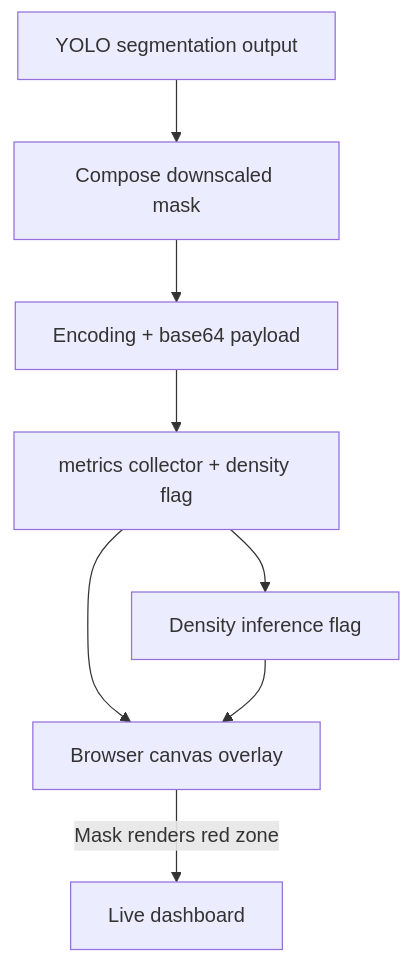
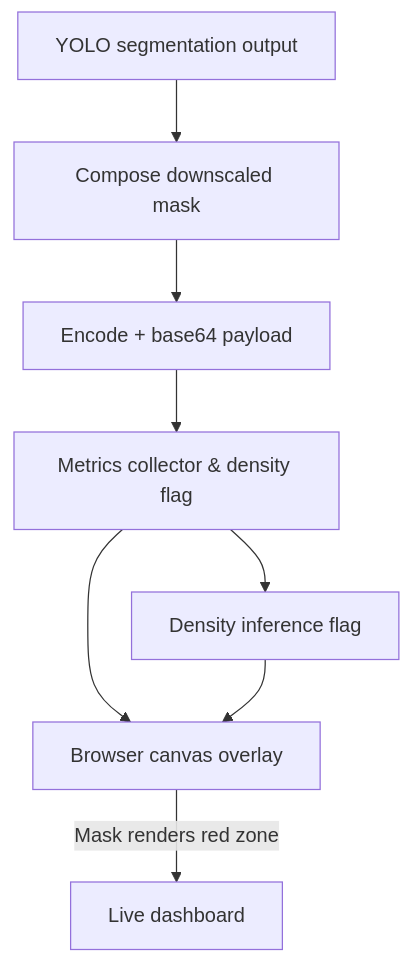
One commit to Nutz95/PeopleCounter changed the diagram in plans/mask_overlay_roadmap.md. Above: the diagram before and after it, drawn with Mermaid. The commit also changed other lines of this file and 8 other files, not shown here.

First line of the commit message:
feat/docs: Revise architecture and Docker documentation; add parameter guide

````diff
--- a/plans/mask_overlay_roadmap.md
+++ b/plans/mask_overlay_roadmap.md
@@ -10,13 +11,13 @@
 ```mermaid
 flowchart TD
-    YOLO[YOLO segmentation output]
-    MaskComposer[Compose downscaled mask]
-    Encoder[Encoding + base64 payload]
-    Metrics[metrics collector + density flag]
-    UI[Browser canvas overlay]
-    Density[Density inference flag]
+    YOLO["YOLO segmentation output"]
+    MaskComposer["Compose downscaled mask"]
+    Encoder["Encode + base64 payload"]
+    Metrics["Metrics collector & density flag"]
+    UI["Browser canvas overlay"]
+    Density["Density inference flag"]
     YOLO --> MaskComposer --> Encoder --> Metrics --> UI
     Metrics --> Density
     Density --> UI
-    UI -->|Mask renders red zone| Overview[Live dashboard]
+    UI -->|Mask renders red zone| Overview["Live dashboard"]
 ```
````
